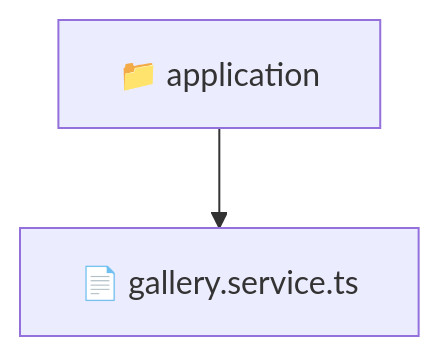
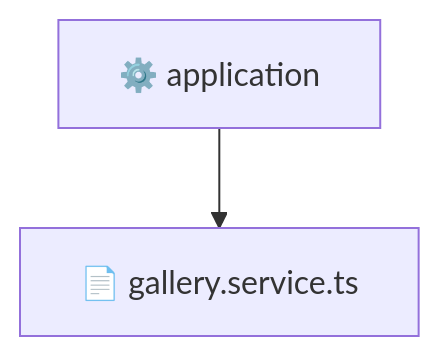
One commit to beginwebdev2002/fullstack-mavluda changed the diagram in backend/src/modules/gallery/application/README.md. Above: the diagram before and after it, drawn with Mermaid. The commit also changed other lines of this file and 165 other files, not shown here.

First line of the commit message:
docs: generate localized architectural READMEs

````diff
--- a/backend/src/modules/gallery/application/README.md
+++ b/backend/src/modules/gallery/application/README.md
@@ -10,5 +11,5 @@
 ```mermaid
 graph TD
-  Root["📁 application"]
-  Root --> galleryservicets["📄 gallery.service.ts"]
+  application["⚙️ application"]
+  application --> gallery_service_ts["📄 gallery.service.ts"]
 ```
````
